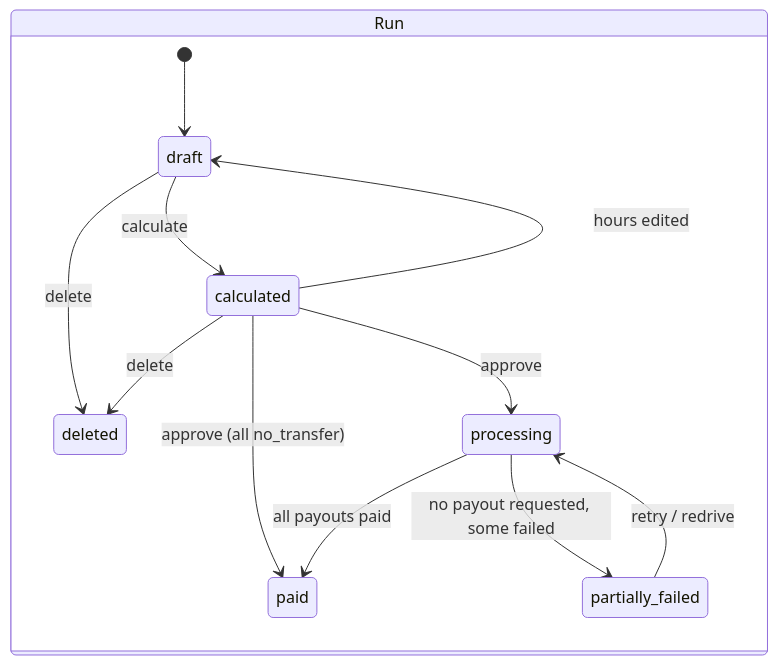
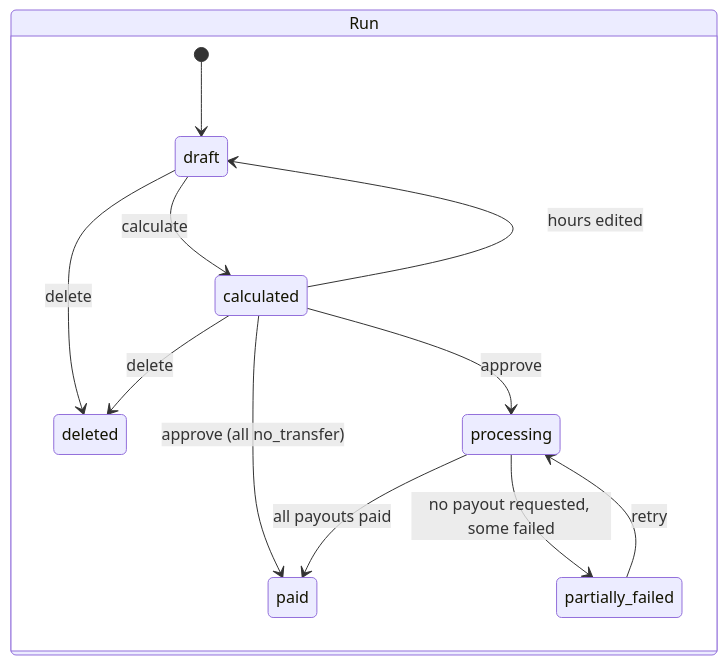
The third of 3 diagrams in docs/specs/payrun-0.1/design-high-level.md (Positron00/FinApp), drawn with Mermaid before and after one commit. The commit also changed other lines of this file and 147 other files, not shown here.

````diff
--- a/docs/specs/payrun-0.1/design-high-level.md
+++ b/docs/specs/payrun-0.1/design-high-level.md
@@ -66,16 +66,16 @@
 ```mermaid
 stateDiagram-v2
   direction LR
   state "Run" as RUN {
     [*] --> draft
     draft --> calculated: calculate
     calculated --> draft: hours edited
     draft --> deleted: delete
     calculated --> deleted: delete
     calculated --> processing: approve
     calculated --> paid: approve (all no_transfer)
     processing --> paid: all payouts paid
     processing --> partially_failed: no payout requested, some failed
-    partially_failed --> processing: retry / redrive
+    partially_failed --> processing: retry
   }
 ```
````
